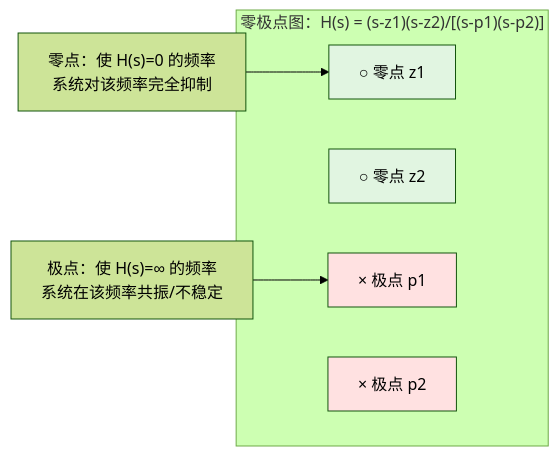
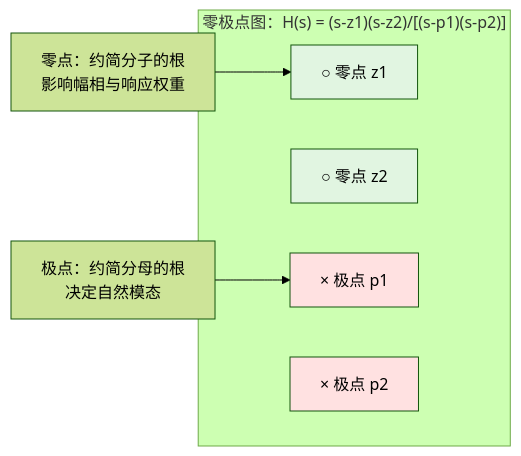
The third of 5 diagrams in 01-Foundations/05-信号与系统/007-拉普拉斯变换与系统函数.md (ccwanggl/EEKnowledgeSpace), drawn with Mermaid (forest theme) before and after one commit. The commit also changed other lines of this file and 17 other files, not shown here.

````diff
--- a/01-Foundations/05-信号与系统/007-拉普拉斯变换与系统函数.md
+++ b/01-Foundations/05-信号与系统/007-拉普拉斯变换与系统函数.md
@@ -363,17 +375,17 @@
 ```mermaid
 graph LR
     subgraph ZeroPole["零极点图：H(s) = (s-z1)(s-z2)/[(s-p1)(s-p2)]"]
         Z1["○ 零点 z1"]
         Z2["○ 零点 z2"]
         P1["× 极点 p1"]
         P2["× 极点 p2"]
     end
-    
-    A["零点：使 H(s)=0 的频率<br/>系统对该频率完全抑制"] --> Z1
-    B["极点：使 H(s)=∞ 的频率<br/>系统在该频率共振/不稳定"] --> P1
-    
+
+    A["零点：约简分子的根<br/>影响幅相与响应权重"] --> Z1
+    B["极点：约简分母的根<br/>决定自然模态"] --> P1
+
     style Z1 fill:#e1f5e1
     style Z2 fill:#e1f5e1
     style P1 fill:#ffe1e1
     style P2 fill:#ffe1e1
 ```
````
